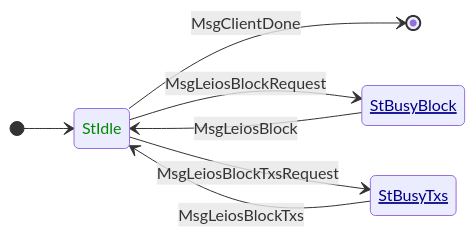
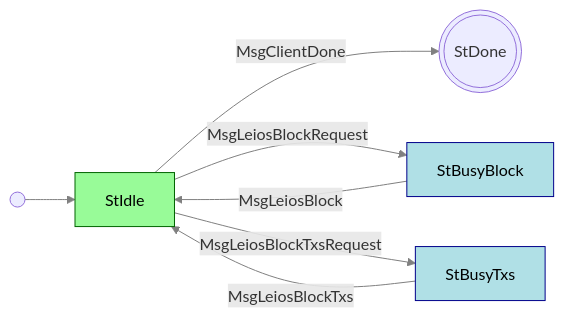
The diagram in src/network/node-to-node/leios-fetch/README.md (rkuhn/cardano-blueprint), drawn with Mermaid before and after one commit. The commit also changed other lines of this file and 11 other files, not shown here.

First line of the commit message:
Improve readability of state diagrams

````diff
--- a/src/network/node-to-node/leios-fetch/README.md
+++ b/src/network/node-to-node/leios-fetch/README.md
@@ -23,16 +23,18 @@
 ```mermaid
-stateDiagram
-   direction LR
-   [*] --> StIdle
-   StIdle --> [*]: MsgClientDone
-   StIdle --> StBusyBlock: MsgLeiosBlockRequest
-   StIdle --> StBusyTxs: MsgLeiosBlockTxsRequest
-   StBusyBlock --> StIdle: MsgLeiosBlock
-   StBusyTxs --> StIdle: MsgLeiosBlockTxs
+graph LR
+   classDef client color:black,fill:PaleGreen,stroke:DarkGreen;
+   classDef server color:black,fill:PowderBlue,stroke:DarkBlue;
+   linkStyle default stroke:gray
 
-    classDef initiator color:#080
-    classDef responder color:#008, text-decoration: underline
-    class StIdle initiator
-    class StBusyBlock responder
-    class StBusyTxs responder
+   StDone(((StDone)))
+
+   i(( )) --> StIdle
+   StIdle --MsgClientDone--> StDone
+   StIdle --MsgLeiosBlockRequest--> StBusyBlock
+   StIdle --MsgLeiosBlockTxsRequest--> StBusyTxs
+   StBusyBlock --MsgLeiosBlock--> StIdle
+   StBusyTxs --MsgLeiosBlockTxs--> StIdle
+
+   class StIdle client
+   class StBusyBlock,StBusyTxs server
 ```
````
